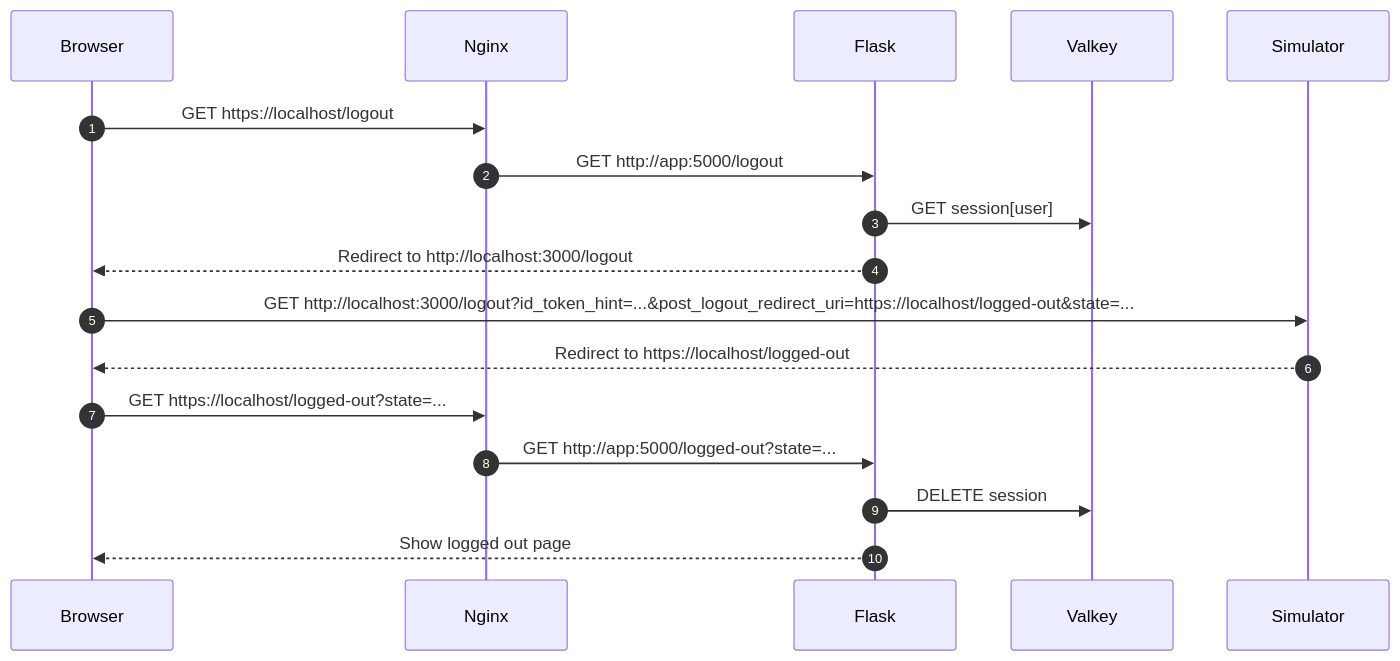
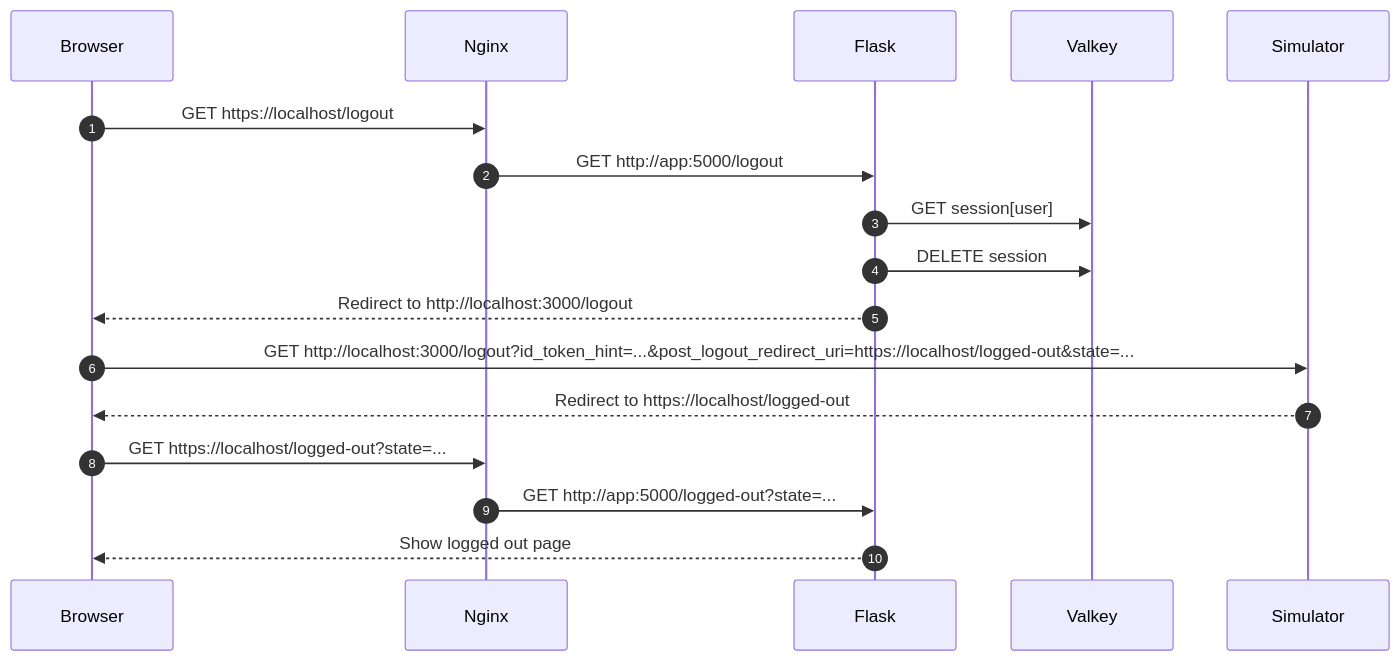
Before and after one commit to LandRegistry/govuk-frontend-flask: the fourth of 4 diagrams in README.md, drawn with Mermaid. The commit also changed other lines of this file, not shown here.

````diff
--- a/README.md
+++ b/README.md
@@ -256,20 +256,20 @@
 ```mermaid
 sequenceDiagram
     autonumber
     participant Browser
     participant Web as Nginx
     participant App as Flask
     participant Cache as Valkey
     participant Simulator
 
     Browser->>Web: GET https://localhost/logout
     Web->>App: GET http://app:5000/logout
     App->>Cache: GET session[user]
+    App->>Cache: DELETE session
     App-->>Browser: Redirect to http://localhost:3000/logout
     Browser->>Simulator: GET http://localhost:3000/logout?id_token_hint=...&post_logout_redirect_uri=https://localhost/logged-out&state=...
     Simulator-->>Browser: Redirect to https://localhost/logged-out
     Browser->>Web: GET https://localhost/logged-out?state=...
     Web->>App: GET http://app:5000/logged-out?state=...
-    App->>Cache: DELETE session
     App-->>Browser: Show logged out page
 ```
````
